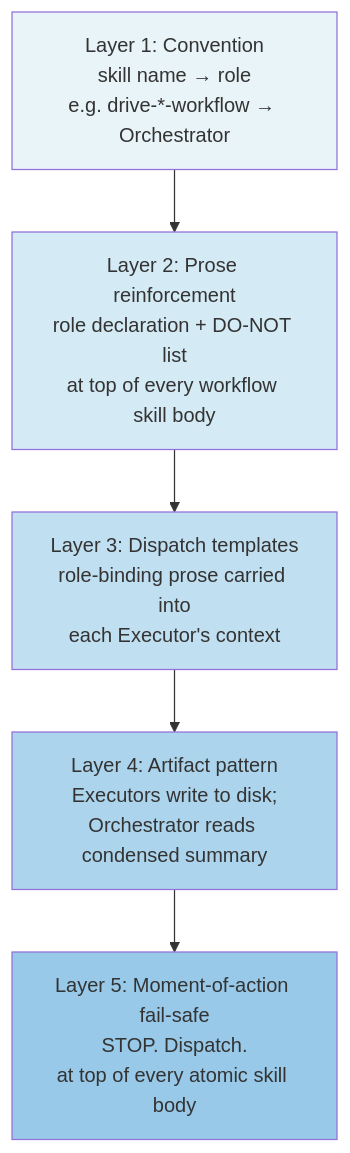
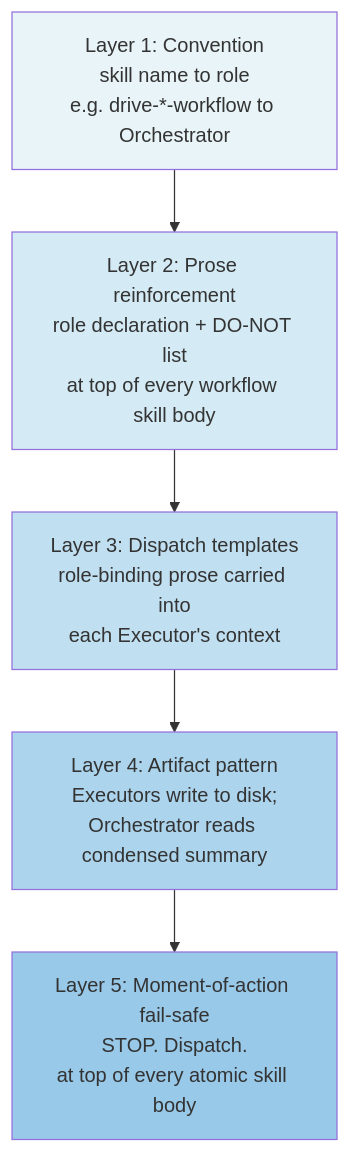
Before and after one commit to prisma/prisma-next: the diagram in drive/roles/README.md, drawn with Mermaid. The commit also changed other lines of this file, not shown here.

First line of the commit message:
docs(drive/roles): fix MD001 heading, Mermaid arrow characters, and heartbeat-read contradiction

````diff
--- a/drive/roles/README.md
+++ b/drive/roles/README.md
@@ -121,16 +121,16 @@
 ```mermaid
 graph TD
-    A["Layer 1: Convention<br/>skill name → role<br/>e.g. drive-*-workflow → Orchestrator"]
+    A["Layer 1: Convention<br/>skill name to role<br/>e.g. drive-*-workflow to Orchestrator"]
     B["Layer 2: Prose reinforcement<br/>role declaration + DO-NOT list<br/>at top of every workflow skill body"]
     C["Layer 3: Dispatch templates<br/>role-binding prose carried into<br/>each Executor's context"]
     D["Layer 4: Artifact pattern<br/>Executors write to disk;<br/>Orchestrator reads condensed summary"]
     E["Layer 5: Moment-of-action fail-safe<br/>STOP. Dispatch.<br/>at top of every atomic skill body"]
 
     A --> B --> C --> D --> E
 
     style A fill:#e8f4f8
     style B fill:#d4eaf4
     style C fill:#c0dff0
     style D fill:#acd4ec
     style E fill:#98c9e8
 ```
````
